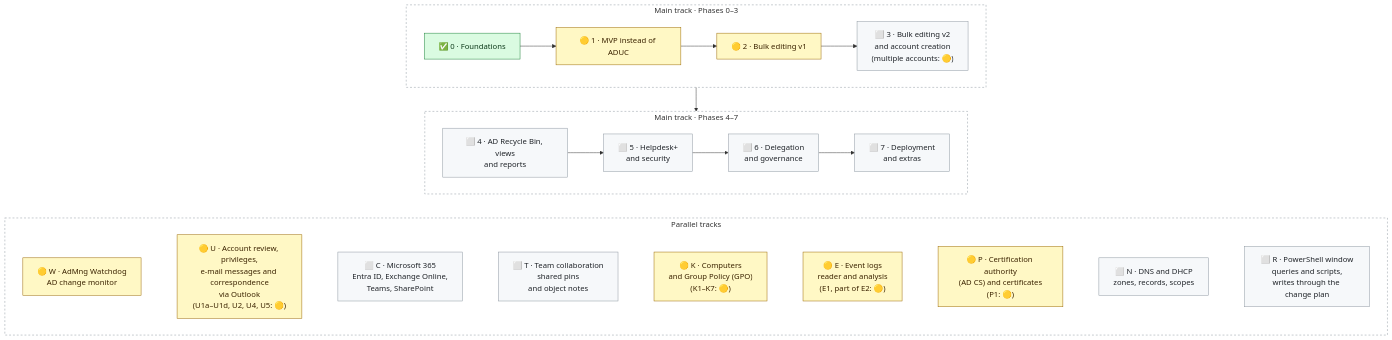
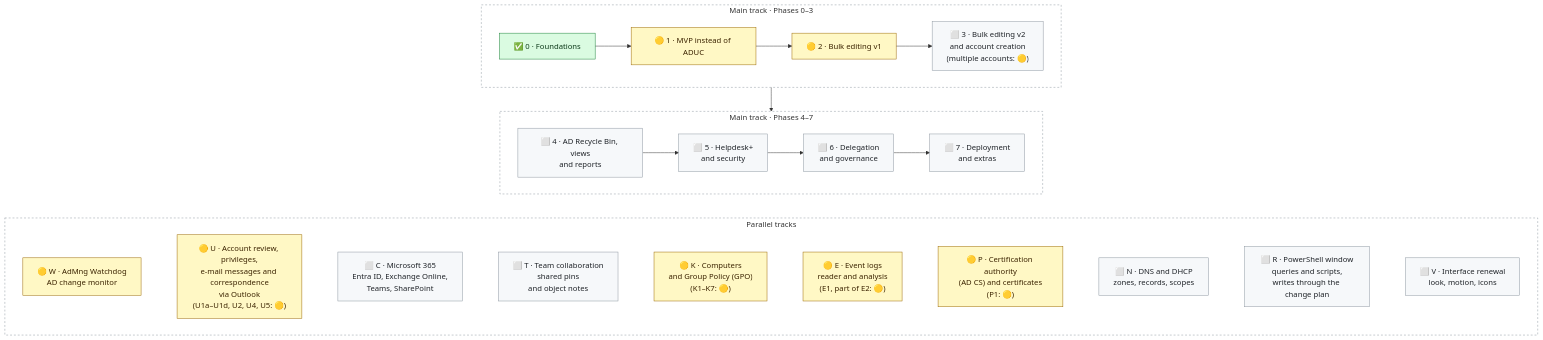
Before and after one commit to DarienRahl/AD_MNG: the second of 2 diagrams in README.md, drawn with Mermaid. The commit also changed other lines of this file and 7 other files, not shown here.

First line of the commit message:
Goals and the plan of track V – interface renewal (look, motion, icons)

````diff
--- a/README.md
+++ b/README.md
@@ -355,26 +356,26 @@
 ```mermaid
 flowchart TB
     subgraph A["Main track · Phases 0–3"]
         direction LR
         F0["✅ 0 · Foundations"] --> F1["🟡 1 · MVP instead of ADUC"] --> F2["🟡 2 · Bulk editing v1"] --> F3["⬜ 3 · Bulk editing v2<br/>and account creation<br/>(multiple accounts: 🟡)"]
     end
     subgraph B["Main track · Phases 4–7"]
         direction LR
         F4["⬜ 4 · AD Recycle Bin, views<br/>and reports"] --> F5["⬜ 5 · Helpdesk+<br/>and security"] --> F6["⬜ 6 · Delegation<br/>and governance"] --> F7["⬜ 7 · Deployment<br/>and extras"]
     end
     subgraph C["Parallel tracks"]
         direction LR
-        W["🟡 W · AdMng Watchdog<br/>AD change monitor"] ~~~ U["🟡 U · Account review, privileges,<br/>e-mail messages and correspondence<br/>via Outlook<br/>(U1a–U1d, U2, U4, U5: 🟡)"] ~~~ M365["⬜ C · Microsoft 365<br/>Entra ID, Exchange Online,<br/>Teams, SharePoint"] ~~~ TEAM["⬜ T · Team collaboration<br/>shared pins<br/>and object notes"] ~~~ K["🟡 K · Computers<br/>and Group Policy (GPO)<br/>(K1–K7: 🟡)"] ~~~ EVT["🟡 E · Event logs<br/>reader and analysis<br/>(E1, part of E2: 🟡)"] ~~~ PKI["🟡 P · Certification authority<br/>(AD CS) and certificates<br/>(P1: 🟡)"] ~~~ NET["⬜ N · DNS and DHCP<br/>zones, records, scopes"] ~~~ PWSH["⬜ R · PowerShell window<br/>queries and scripts,<br/>writes through the change plan"]
+        W["🟡 W · AdMng Watchdog<br/>AD change monitor"] ~~~ U["🟡 U · Account review, privileges,<br/>e-mail messages and correspondence<br/>via Outlook<br/>(U1a–U1d, U2, U4, U5: 🟡)"] ~~~ M365["⬜ C · Microsoft 365<br/>Entra ID, Exchange Online,<br/>Teams, SharePoint"] ~~~ TEAM["⬜ T · Team collaboration<br/>shared pins<br/>and object notes"] ~~~ K["🟡 K · Computers<br/>and Group Policy (GPO)<br/>(K1–K7: 🟡)"] ~~~ EVT["🟡 E · Event logs<br/>reader and analysis<br/>(E1, part of E2: 🟡)"] ~~~ PKI["🟡 P · Certification authority<br/>(AD CS) and certificates<br/>(P1: 🟡)"] ~~~ NET["⬜ N · DNS and DHCP<br/>zones, records, scopes"] ~~~ PWSH["⬜ R · PowerShell window<br/>queries and scripts,<br/>writes through the change plan"] ~~~ UIX["⬜ V · Interface renewal<br/>look, motion, icons"]
     end
     A --> B
     B ~~~ C
     classDef done fill:#dafbe1,stroke:#1a7f37,color:#0d3a1a
     classDef wip fill:#fff8c5,stroke:#9a6700,color:#3b2300
     classDef todo fill:#f6f8fa,stroke:#8c959f,color:#1f2328
     class F0 done
     class F1,F2,W,U,K,EVT,PKI wip
-    class F3,F4,F5,F6,F7,M365,TEAM,NET,PWSH todo
+    class F3,F4,F5,F6,F7,M365,TEAM,NET,PWSH,UIX todo
     style A fill:transparent,stroke:#8c959f,stroke-dasharray:4 4
     style B fill:transparent,stroke:#8c959f,stroke-dasharray:4 4
     style C fill:transparent,stroke:#8c959f,stroke-dasharray:4 4
 ```
````
